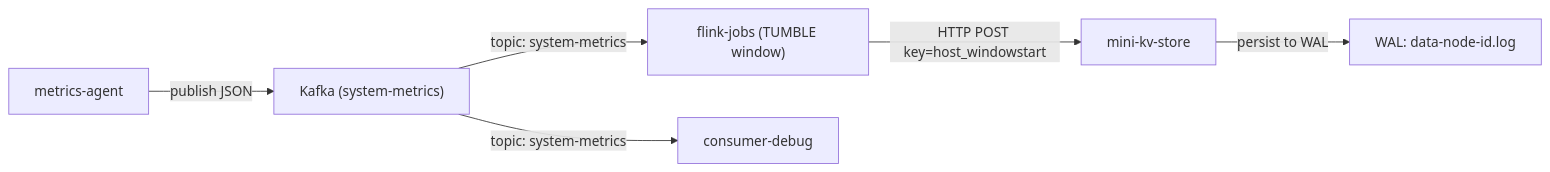
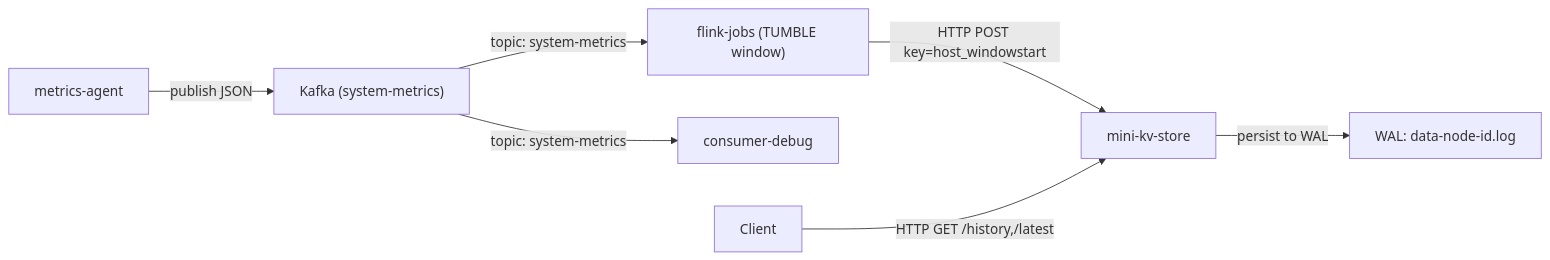
Before and after one commit to swati-manjunath/mini-distributed-data-platform: the diagram in ARCHITECTURE.md, drawn with Mermaid. The commit also changed other lines of this file and 9 other files, not shown here.

````diff
--- a/ARCHITECTURE.md
+++ b/ARCHITECTURE.md
@@ -18,15 +18,16 @@
 ```mermaid
 flowchart LR
   A["metrics-agent"]
   B["Kafka (system-metrics)"]
   C["flink-jobs (TUMBLE window)"]
   D["consumer-debug"]
   K["mini-kv-store"]
   W["WAL: data-node-id.log"]
 
   A -->|publish JSON| B
   B -->|topic: system-metrics| C
   C -->|HTTP POST key=host_windowstart| K
   B -->|topic: system-metrics| D
+  Client["Client"] -->|HTTP GET /history,/latest| K
   K -->|persist to WAL| W
 ```
````
